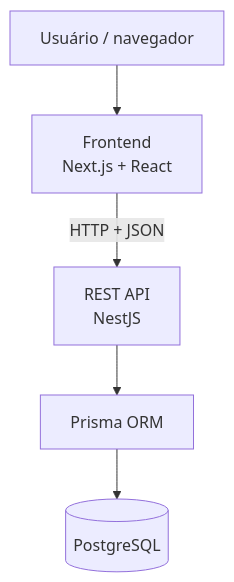
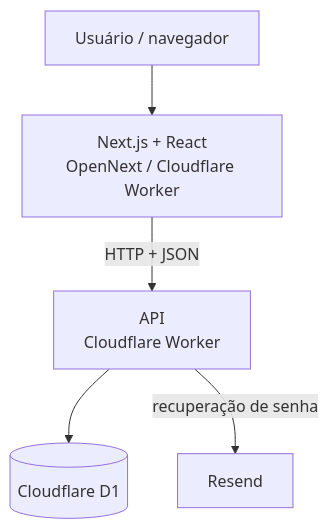
One commit to pitado/receitando changed the first of 3 diagrams in docs/architecture.md. Above: the diagram before and after it, drawn with Mermaid. The commit also changed other lines of this file, not shown here.

Commit message:
docs: atualiza arquitetura para Cloudflare

````diff
--- a/docs/architecture.md
+++ b/docs/architecture.md
@@ -7,13 +7,13 @@
 ```mermaid
 flowchart TB
     U[Usuário / navegador]
-    F[Frontend<br/>Next.js + React]
-    A[REST API<br/>NestJS]
-    P[Prisma ORM]
-    D[(PostgreSQL)]
+    F[Next.js + React<br/>OpenNext / Cloudflare Worker]
+    A[API<br/>Cloudflare Worker]
+    D[(Cloudflare D1)]
+    E[Resend]
 
     U --> F
     F -->|HTTP + JSON| A
-    A --> P
-    P --> D
+    A --> D
+    A -->|recuperação de senha| E
 ```
````
